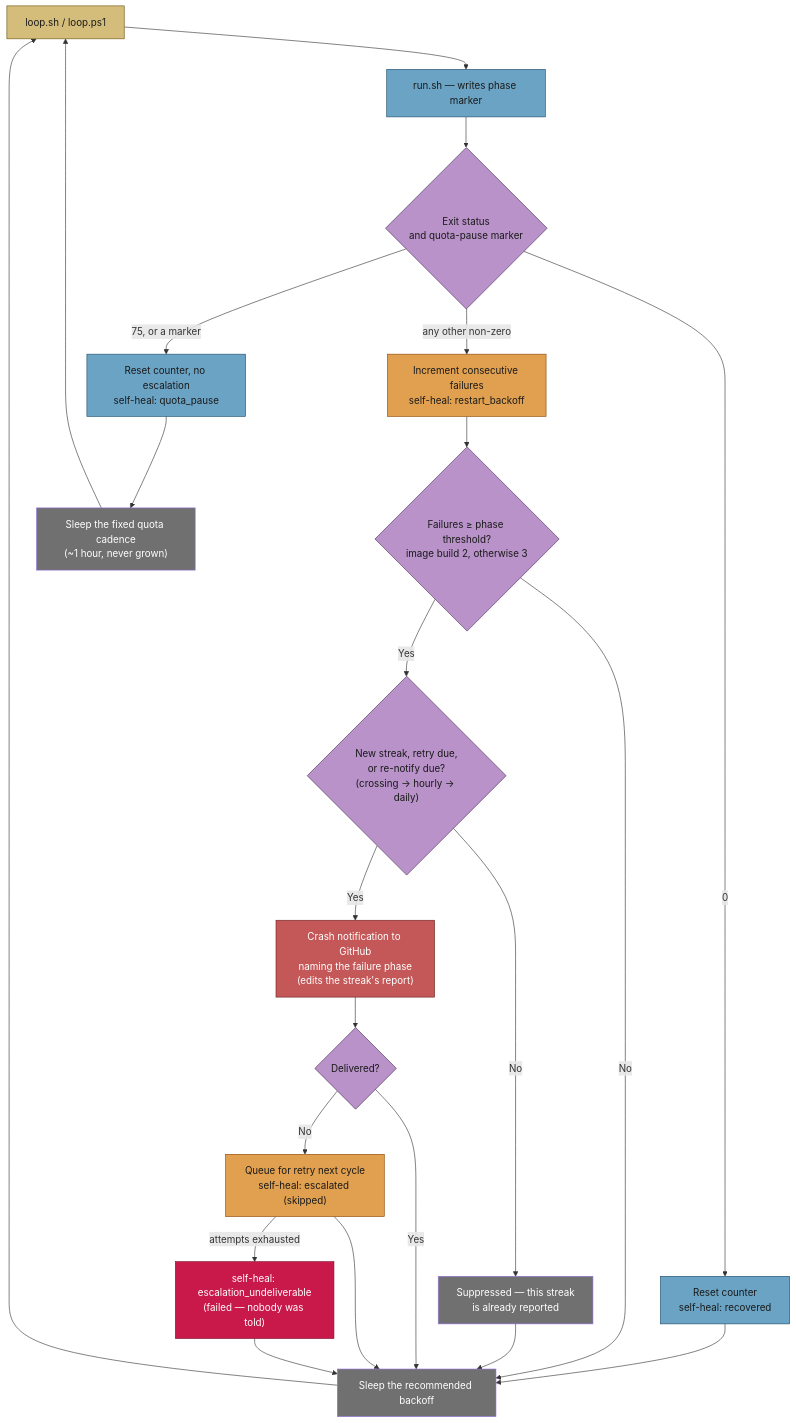
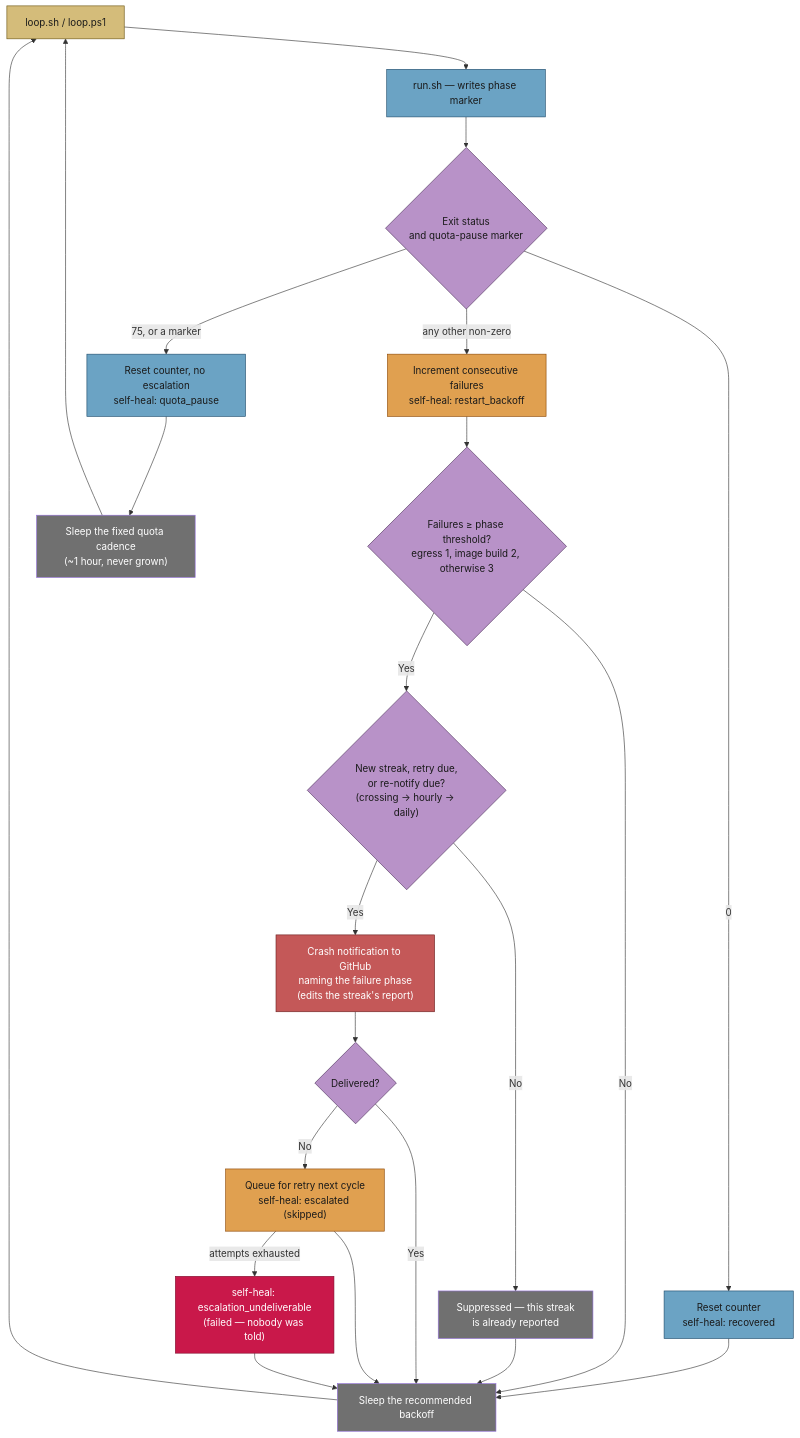
One commit to stSoftwareAU/VibeCoder changed the second of 6 diagrams in docs/workflows/resilience-and-concurrency.md. Above: the diagram before and after it, drawn with Mermaid. The commit also changed other lines of this file and 15 other files, not shown here.

First line of the commit message:
feat: probe container egress before the build and park a cut-off host (Issue #997)

````diff
--- a/docs/workflows/resilience-and-concurrency.md
+++ b/docs/workflows/resilience-and-concurrency.md
@@ -84,46 +95,46 @@
 ```mermaid
 flowchart TD
   Loop["loop.sh / loop.ps1"]
   Launch["run.sh — writes phase marker"]
   Status{"Exit status<br/>and quota-pause marker"}
   Reset["Reset counter<br/>self-heal: recovered"]
   Quota["Reset counter, no escalation<br/>self-heal: quota_pause"]
   Count["Increment consecutive failures<br/>self-heal: restart_backoff"]
-  Threshold{"Failures ≥ phase threshold?<br/>image build 2, otherwise 3"}
+  Threshold{"Failures ≥ phase threshold?<br/>egress 1, image build 2, otherwise 3"}
   Due{"New streak, retry due,<br/>or re-notify due?<br/>(crossing → hourly → daily)"}
   Dedup["Suppressed — this streak<br/>is already reported"]
   Escalate["Crash notification to GitHub<br/>naming the failure phase<br/>(edits the streak's report)"]
   Delivered{"Delivered?"}
   Queue["Queue for retry next cycle<br/>self-heal: escalated (skipped)"]
   Lost["self-heal: escalation_undeliverable<br/>(failed — nobody was told)"]
   Cadence["Sleep the fixed quota cadence<br/>(~1 hour, never grown)"]
   Sleep["Sleep the recommended backoff"]
   Loop --> Launch --> Status
   Status -->|0| Reset --> Sleep
   Status -->|75, or a marker| Quota --> Cadence
   Status -->|any other non-zero| Count --> Threshold
   Threshold -->|No| Sleep
   Threshold -->|Yes| Due
   Due -->|No| Dedup --> Sleep
   Due -->|Yes| Escalate --> Delivered
   Delivered -->|Yes| Sleep
   Delivered -->|No| Queue --> Sleep
   Queue -->|attempts exhausted| Lost --> Sleep
   Sleep --> Loop
   Cadence --> Loop
   style Loop fill:#d4bc7a,stroke:#6b5510,color:#1a1a1a
   style Launch fill:#6ba3c4,stroke:#1d4a6a,color:#1a1a1a
   style Status fill:#b892c8,stroke:#4a2d5a,color:#1a1a1a
   style Threshold fill:#b892c8,stroke:#4a2d5a,color:#1a1a1a
   style Due fill:#b892c8,stroke:#4a2d5a,color:#1a1a1a
   style Delivered fill:#b892c8,stroke:#4a2d5a,color:#1a1a1a
   style Reset fill:#6ba3c4,stroke:#1d4a6a,color:#1a1a1a
   style Quota fill:#6ba3c4,stroke:#1d4a6a,color:#1a1a1a
   style Cadence fill:#707070,stroke:,color:#fff
   style Count fill:#e0a050,stroke:#8b4500,color:#1a1a1a
   style Dedup fill:#707070,stroke:,color:#fff
   style Escalate fill:#c45858,stroke:#6b2020,color:#fff
   style Queue fill:#e0a050,stroke:#8b4500,color:#1a1a1a
   style Lost fill:#c9184a,stroke:#800f2f,color:#fff
   style Sleep fill:#707070,stroke:,color:#fff
 ```
````
